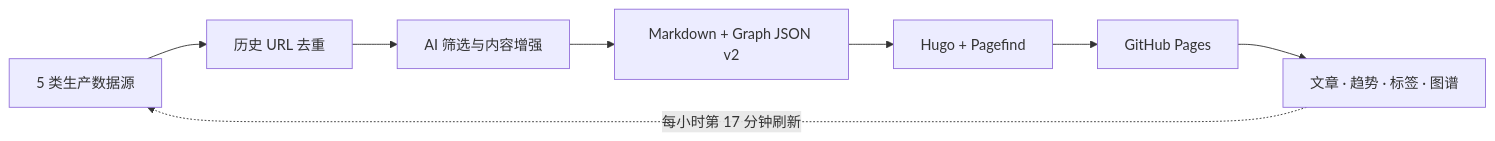
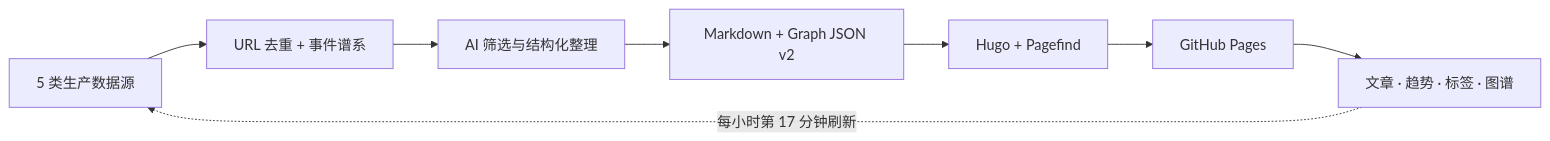
Before and after one commit to g5n-dev/ai-stack: the diagram in README.md, drawn with Mermaid. The commit also changed other lines of this file and 2649 other files, not shown here.

````diff
--- a/README.md
+++ b/README.md
@@ -49,10 +49,10 @@
 ```mermaid
 flowchart LR
-  S["5 类生产数据源"] --> D["历史 URL 去重"]
-  D --> A["AI 筛选与内容增强"]
+  S["5 类生产数据源"] --> D["URL 去重 + 事件谱系"]
+  D --> A["AI 筛选与结构化整理"]
   A --> O["Markdown + Graph JSON v2"]
   O --> H["Hugo + Pagefind"]
   H --> P["GitHub Pages"]
   P --> R["文章 · 趋势 · 标签 · 图谱"]
   R -. "每小时第 17 分钟刷新" .-> S
 ```
````
